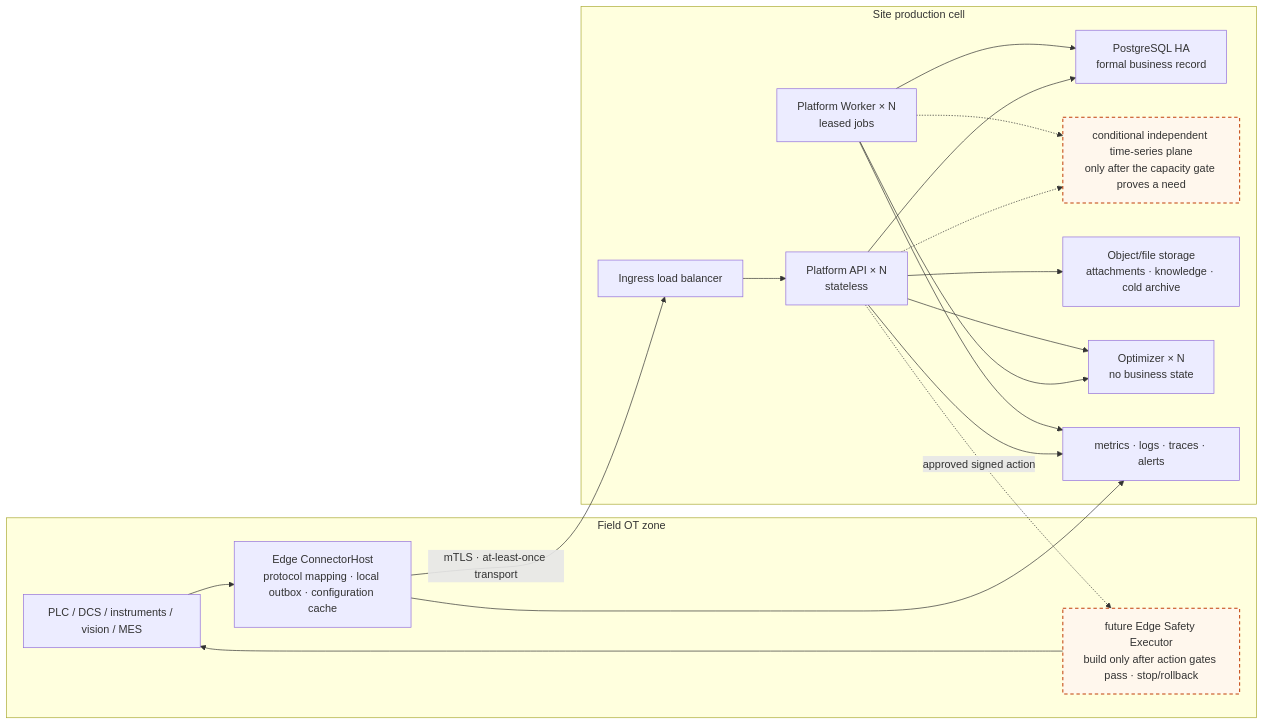
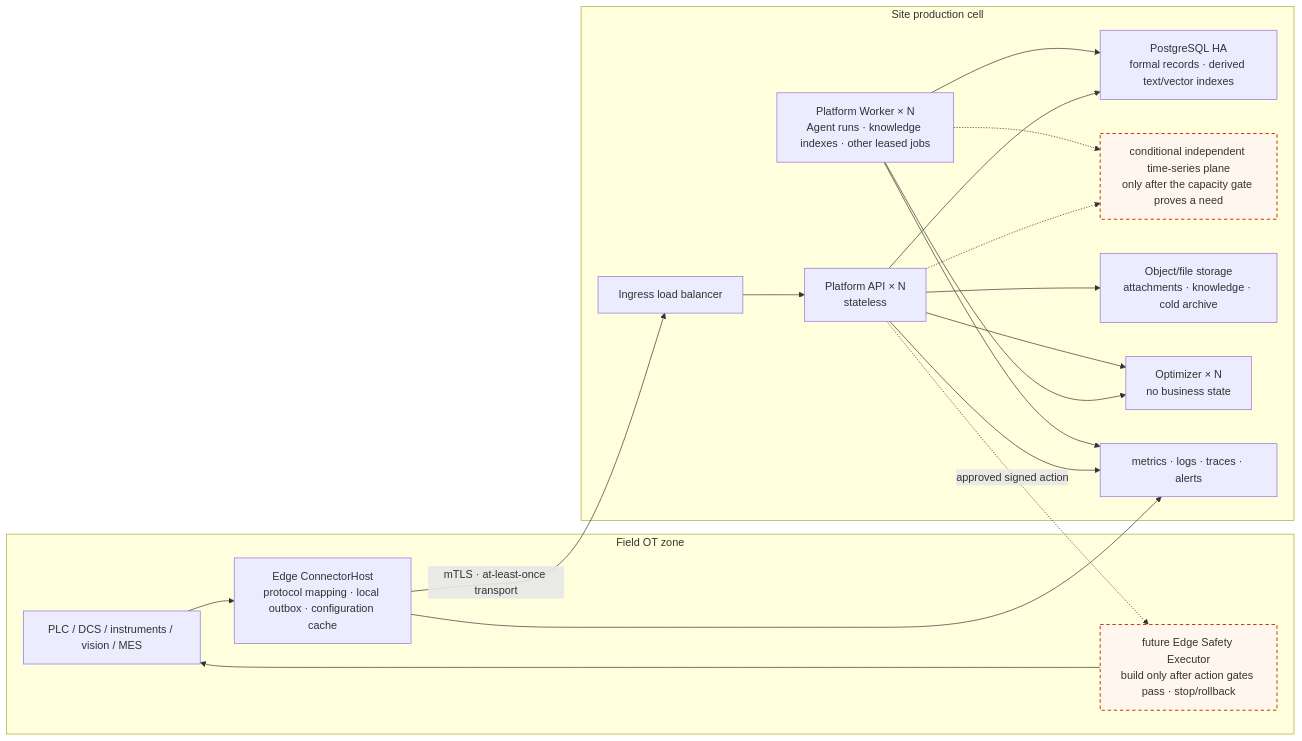
Before and after one commit to liuweichaox/Ingot: the diagram in docs/production-architecture.en.md, drawn with Mermaid. The commit also changed other lines of this file and 38 other files, not shown here.

````diff
--- a/docs/production-architecture.en.md
+++ b/docs/production-architecture.en.md
@@ -73,37 +74,37 @@
 ```mermaid
 flowchart LR
     subgraph OT["Field OT zone"]
         Sources["PLC / DCS / instruments / vision / MES"]
         Edge["Edge ConnectorHost\nprotocol mapping · local outbox · configuration cache"]
         Safety["future Edge Safety Executor\nbuild only after action gates pass · stop/rollback"]
         Sources --> Edge
         Safety --> Sources
     end
 
     subgraph Cell["Site production cell"]
         LB["Ingress load balancer"]
         Api["Platform API × N\nstateless"]
-        Worker["Platform Worker × N\nleased jobs"]
-        Control["PostgreSQL HA\nformal business record"]
+        Worker["Platform Worker × N\nAgent runs · knowledge indexes · other leased jobs"]
+        Control["PostgreSQL HA\nformal records · derived text/vector indexes"]
         Series["conditional independent time-series plane\nonly after the capacity gate proves a need"]
         Files["Object/file storage\nattachments · knowledge · cold archive"]
         Optimizer["Optimizer × N\nno business state"]
         Observe["metrics · logs · traces · alerts"]
         LB --> Api
         Api --> Control
         Api -.-> Series
         Api --> Files
         Worker --> Control
         Worker -.-> Series
         Worker --> Optimizer
         Api --> Optimizer
         Api --> Observe
         Worker --> Observe
     end
 
     Edge -->|"mTLS · at-least-once transport"| LB
     Api -. "approved signed action" .-> Safety
     Edge --> Observe
     classDef future fill:#FFF7ED,stroke:#C2410C,stroke-width:1.5px,stroke-dasharray:5 4
     class Safety,Series future
 ```
````
